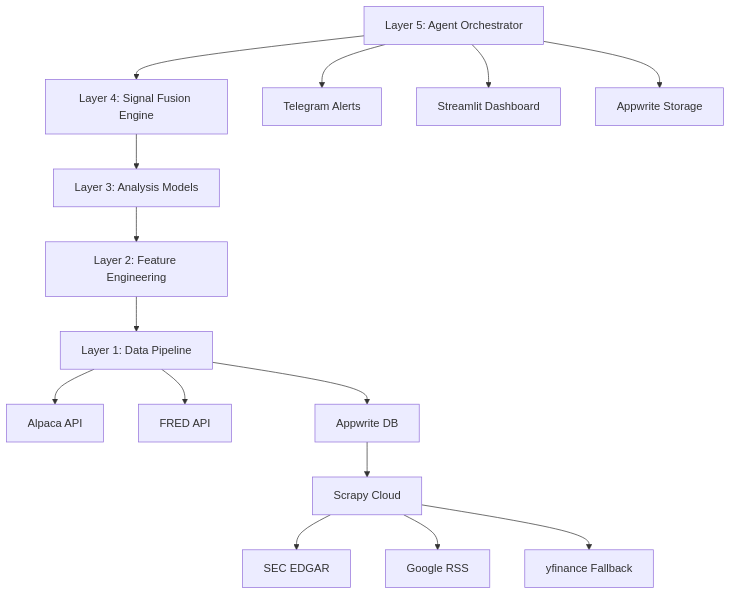
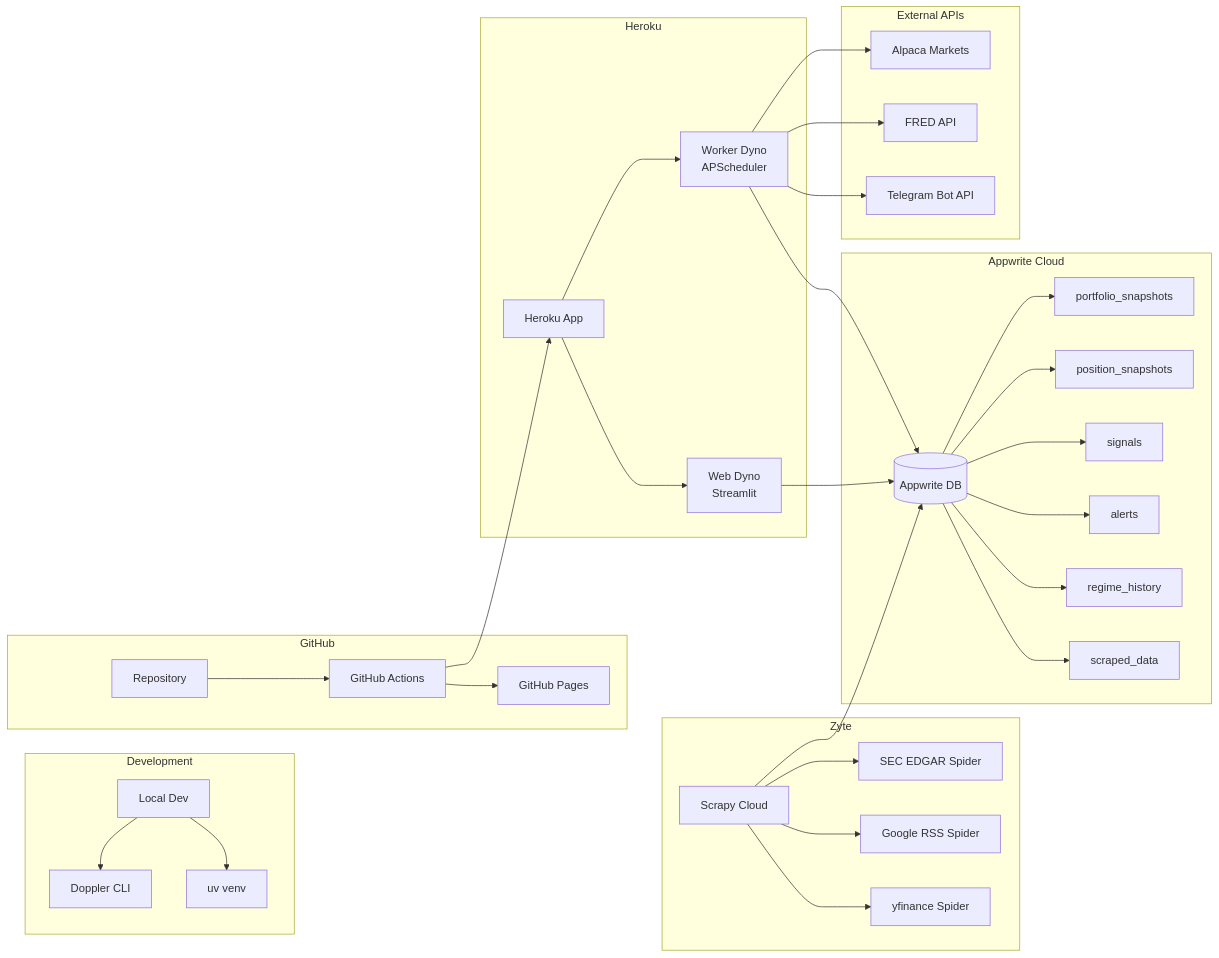
Before and after one commit to Kartavya-Jharwal/ganet-project-bwc: the diagram in docs/architecture.md, drawn with Mermaid. The commit also changed other lines of this file and 8 other files, not shown here.

````diff
--- a/docs/architecture.md
+++ b/docs/architecture.md
@@ -5,19 +66,46 @@
 ```mermaid
-graph TB
-    L5[Layer 5: Agent Orchestrator] --> L4[Layer 4: Signal Fusion Engine]
-    L4 --> L3[Layer 3: Analysis Models]
-    L3 --> L2[Layer 2: Feature Engineering]
-    L2 --> L1[Layer 1: Data Pipeline]
+graph LR
+    subgraph "Development"
+        Dev[Local Dev] --> Doppler[Doppler CLI]
+        Dev --> UV[uv venv]
+    end
     
-    L1 --> Alpaca[Alpaca API]
-    L1 --> FRED[FRED API]
-    L1 --> AW[Appwrite DB]
-    AW --> SC[Scrapy Cloud]
-    SC --> SEC[SEC EDGAR]
-    SC --> RSS[Google RSS]
-    SC --> YF[yfinance Fallback]
+    subgraph "GitHub"
+        GH[Repository] --> Actions[GitHub Actions]
+        Actions --> Pages[GitHub Pages]
+    end
     
-    L5 --> TG[Telegram Alerts]
-    L5 --> ST[Streamlit Dashboard]
-    L5 --> AWout[Appwrite Storage]
+    subgraph "Zyte"
+        SC[Scrapy Cloud] --> SEC[SEC EDGAR Spider]
+        SC --> RSS[Google RSS Spider]
+        SC --> YF[yfinance Spider]
+    end
+    
+    subgraph "Appwrite Cloud"
+        AW[(Appwrite DB)] --> Coll1[portfolio_snapshots]
+        AW --> Coll2[position_snapshots]
+        AW --> Coll3[signals]
+        AW --> Coll4[alerts]
+        AW --> Coll5[regime_history]
+        AW --> Coll6[scraped_data]
+    end
+    
+    subgraph "Heroku"
+        HK[Heroku App] --> Web[Web Dyno<br/>Streamlit]
+        HK --> Worker[Worker Dyno<br/>APScheduler]
+    end
+    
+    subgraph "External APIs"
+        Alpaca[Alpaca Markets]
+        FRED[FRED API]
+        TG[Telegram Bot API]
+    end
+    
+    SC --> AW
+    Worker --> Alpaca
+    Worker --> FRED
+    Worker --> AW
+    Web --> AW
+    Worker --> TG
+    Actions --> HK
 ```
````
